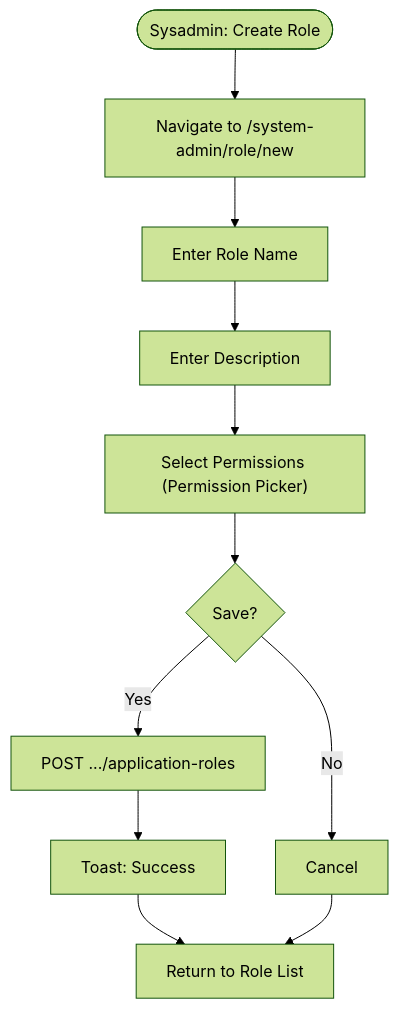
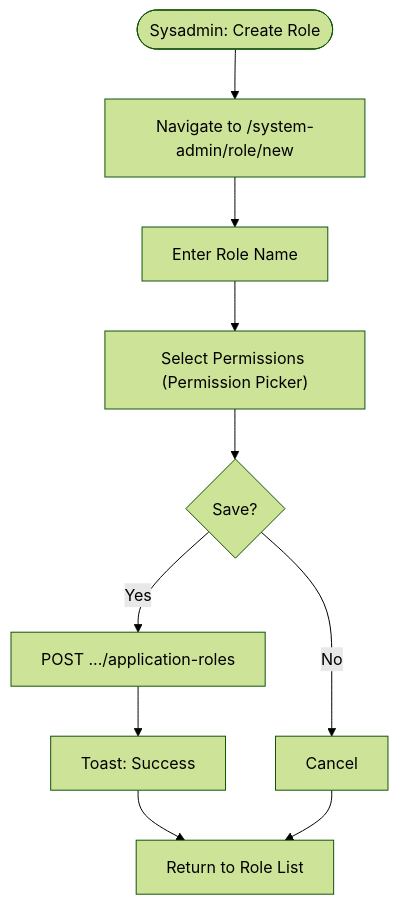
One commit to CarmenSoftware-organization/carmen-wiki changed the first of 2 diagrams in en/inventory/access-control/application-role.md. Above: the diagram before and after it, drawn with Mermaid (forest theme). The commit also changed other lines of this file and 3 other files, not shown here.

Commit message:
fix(access-control,templates): drop fabricated role steps, correct delete flow and citations (review round 1)

````diff
--- a/en/inventory/access-control/application-role.md
+++ b/en/inventory/access-control/application-role.md
@@ -51,13 +51,12 @@
 ```mermaid
 flowchart TD
     Start(["Sysadmin: Create Role"]) --> Navigate["Navigate to /system-admin/role/new"]
     Navigate --> EnterName["Enter Role Name"]
-    EnterName --> EnterDesc["Enter Description"]
-    EnterDesc --> SelectPerms["Select Permissions (Permission Picker)"]
+    EnterName --> SelectPerms["Select Permissions (Permission Picker)"]
     SelectPerms --> Save{"Save?"}
     Save -->|"Yes"| CreateRole["POST .../application-roles"]
     CreateRole --> ShowSuccess["Toast: Success"]
     ShowSuccess --> ReturnList["Return to Role List"]
     Save -->|"No"| Cancel["Cancel"]
     Cancel --> ReturnList
 ```
````
